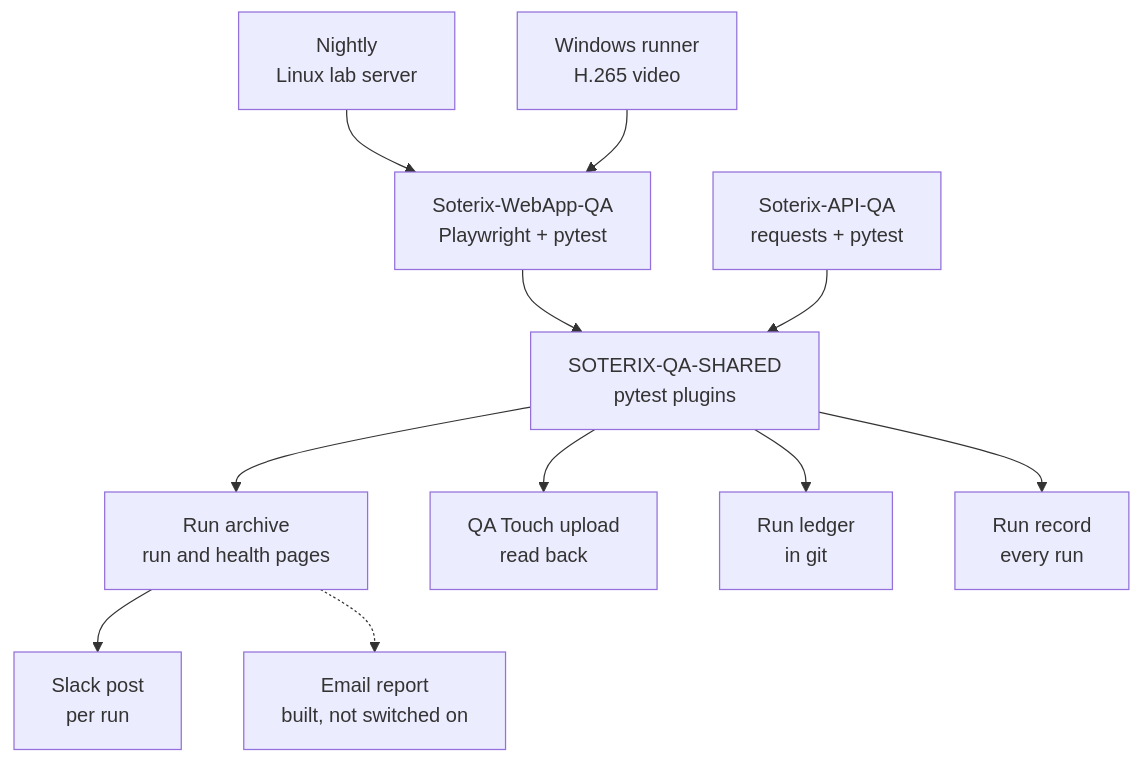
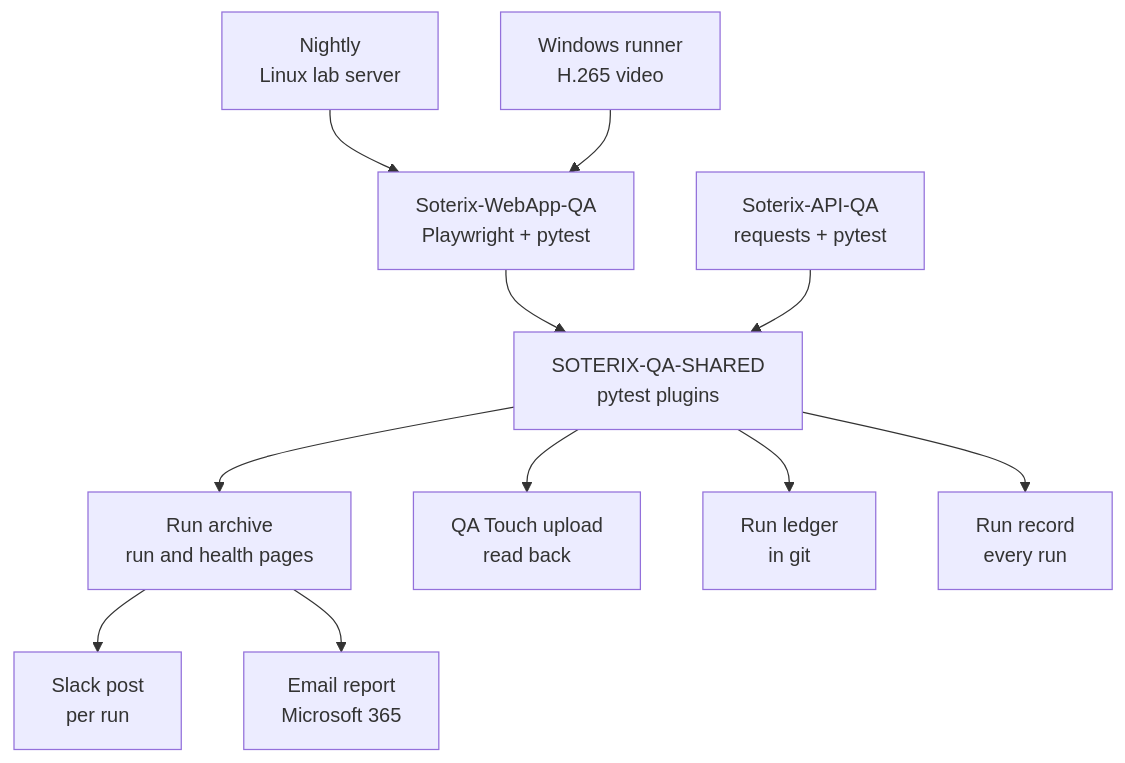
Before and after one commit to JustVar/qa-automation-case-study: the diagram in README.md, drawn with Mermaid. The commit also changed other lines of this file, not shown here.

````diff
--- a/README.md
+++ b/README.md
@@ -35,14 +35,14 @@
 ```mermaid
 flowchart TB
     N["Nightly<br/>Linux lab server"] --> W
     X["Windows runner<br/>H.265 video"] --> W
     W["Soterix-WebApp-QA<br/>Playwright + pytest"] --> S
     A["Soterix-API-QA<br/>requests + pytest"] --> S
     S["SOTERIX-QA-SHARED<br/>pytest plugins"]
     S --> P["Run archive<br/>run and health pages"]
     S --> Q["QA Touch upload<br/>read back"]
     S --> L["Run ledger<br/>in git"]
     S --> R["Run record<br/>every run"]
     P --> K["Slack post<br/>per run"]
-    P -.-> E["Email report<br/>built, not switched on"]
+    P --> E["Email report<br/>Microsoft 365"]
 ```
````
